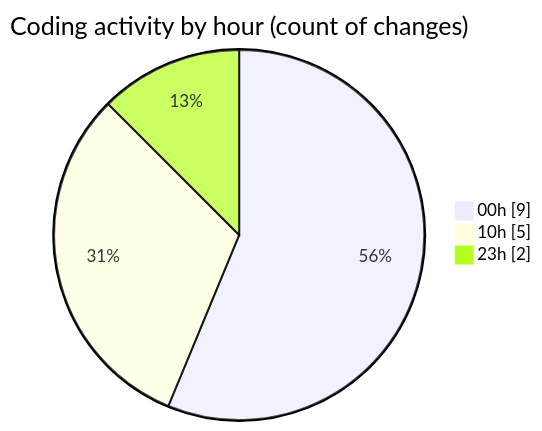
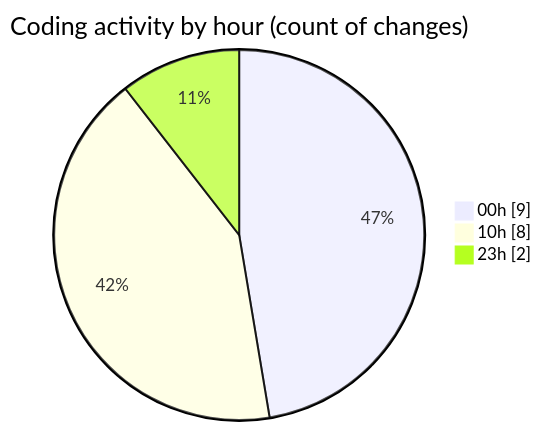
The second of 2 diagrams in 2025-11-15/cdp_aleoudev_fr__workspace_/README.md (julien-gomy/code-tracking), drawn with Mermaid before and after one commit. The commit also changed other lines of this file and 1 other file, not shown here.

````diff
--- a/2025-11-15/cdp_aleoudev_fr__workspace_/README.md
+++ b/2025-11-15/cdp_aleoudev_fr__workspace_/README.md
@@ -32,7 +32,7 @@
 ```mermaid
 pie showData
 title Coding activity by hour (count of changes)
 "00h" : 9
-"10h" : 5
+"10h" : 8
 "23h" : 2
 ```
````
